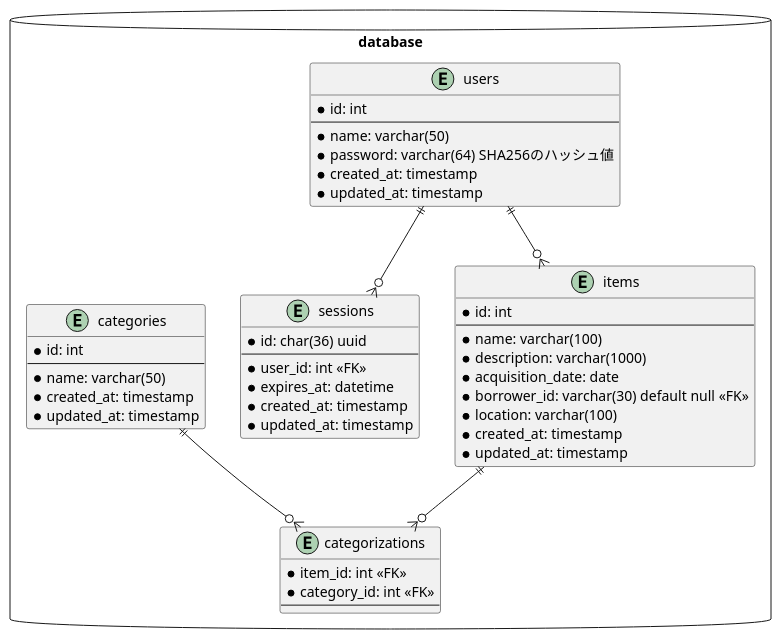
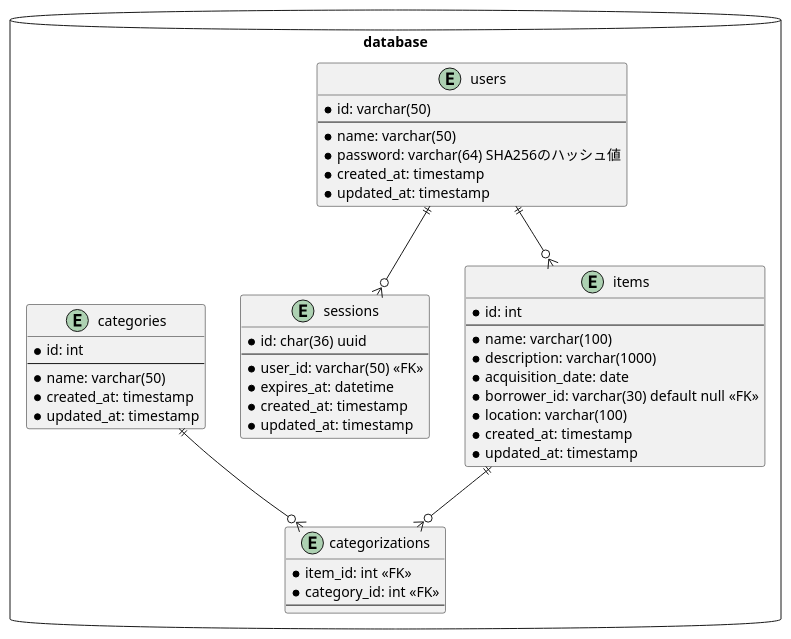
Before and after one commit to kyosu-1/gms: the diagram in docs/erd/erd.puml, drawn with PlantUML. The commit also changed 1 other file, not shown here.

Commit message:
modify erd

```diff
--- a/docs/erd/erd.puml
+++ b/docs/erd/erd.puml
@@ -1,55 +1,55 @@
 @startuml タスク管理アプリ
 
 package database <<Database>> {
     entity "users" as users {
-        * id: int
+        * id: varchar(50)
         --
         * name: varchar(50)
         * password: varchar(64) SHA256のハッシュ値
         * created_at: timestamp
         * updated_at: timestamp
     }
 
     entity "sessions" as sessions{
         * id: char(36) uuid
         --
-        * user_id: int <<FK>>
+        * user_id: varchar(50) <<FK>>
         * expires_at: datetime
         * created_at: timestamp
         * updated_at: timestamp
     }
 
     entity "categories" as categories {
         * id: int
         --
         * name: varchar(50)
         * created_at: timestamp
         * updated_at: timestamp
     }
-    
+
     entity "items" as items {
         * id: int
         --
         * name: varchar(100)
         * description: varchar(1000)
         * acquisition_date: date
         * borrower_id: varchar(30) default null <<FK>>
         * location: varchar(100)
         * created_at: timestamp
         * updated_at: timestamp
     }
 
     entity "categorizations" as categorizations {
         * item_id: int <<FK>>
         * category_id: int <<FK>>
         --
     }
 }
 
 ' relationships
 users ||--o{ sessions
 categories ||--o{ categorizations
 items ||--o{ categorizations
 users ||--o{ items
 
 @enduml
```
